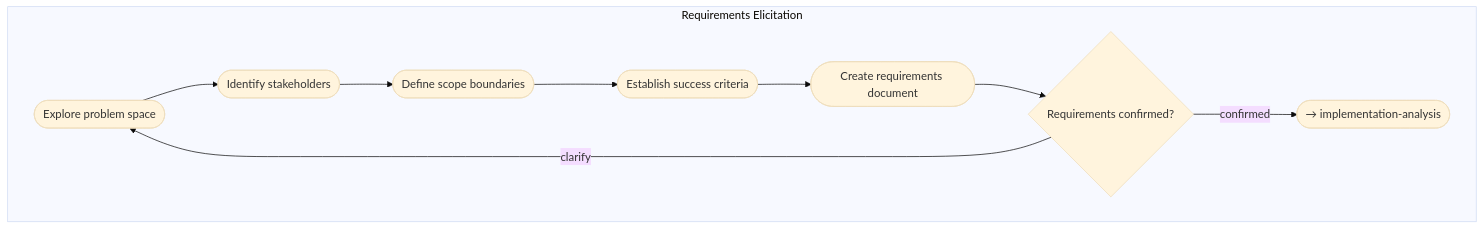
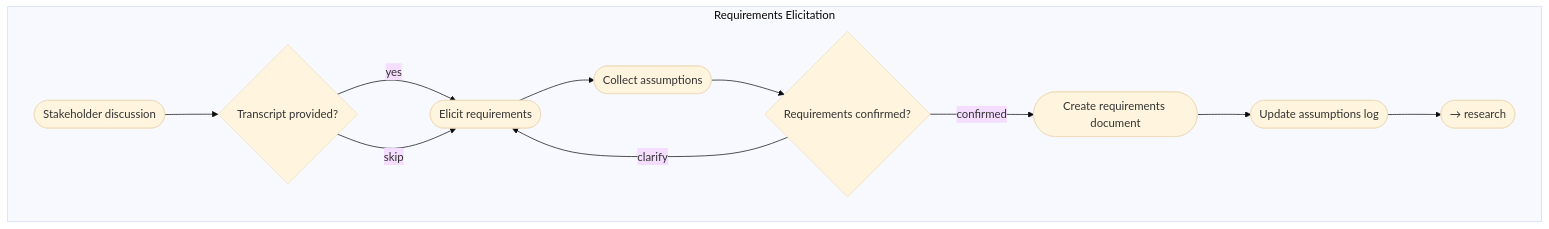
The fourth of 14 diagrams in work-package/README.md (m2ux/workflow-server), drawn with Mermaid (base theme) before and after one commit. The commit also changed other lines of this file and 1 other file, not shown here.

Commit message:
feat: add stakeholder discussion step to requirements elicitation
- Add stakeholder-discussion as first step in elicitation activity
- User prompted to discuss with key stakeholders before agent elicitation
- User provides transcript or summary as input for subsequent steps
- Add checkpoint for collecting stakeholder transcript
- Update elicit-requirements step to use transcript as context
- Update README with new flow diagram and checkpoints

````diff
--- a/work-package/README.md
+++ b/work-package/README.md
@@ -187,15 +187,21 @@
 ```mermaid
 graph TD
     subgraph requirements-elicitation[Requirements Elicitation]
-        r1([Explore problem space])
-        r2([Identify stakeholders])
-        r3([Define scope boundaries])
-        r4([Establish success criteria])
-        r5([Create requirements document])
+        r0([Stakeholder discussion])
+        r1([Elicit requirements])
+        r2([Collect assumptions])
+        r3([Create requirements document])
+        r4([Update assumptions log])
+        
+        cp0{Transcript provided?}
         cp1{Requirements confirmed?}
         
-        r1 --> r2 --> r3 --> r4 --> r5 --> cp1
-        cp1 -->|confirmed| Next([→ implementation-analysis])
+        r0 --> cp0
+        cp0 -->|yes| r1
+        cp0 -->|skip| r1
+        r1 --> r2 --> cp1
+        cp1 -->|confirmed| r3
         cp1 -->|clarify| r1
+        r3 --> r4 --> Next([→ research])
     end
 ```
````
